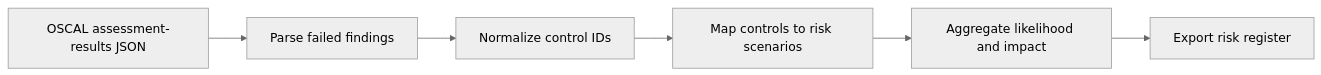
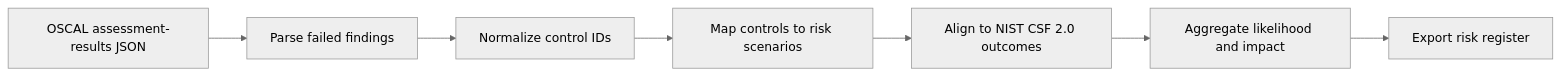
One commit to envokeME/oscal-risk-bridge changed the diagram in README.md. Above: the diagram before and after it, drawn with Mermaid (neutral theme). The commit also changed other lines of this file and 16 other files, not shown here.

Commit message:
Align risk scenarios to NIST CSF

````diff
--- a/README.md
+++ b/README.md
@@ -21,8 +21,9 @@
 ```mermaid
 flowchart LR
     A["OSCAL assessment-results JSON"] --> B["Parse failed findings"]
     B --> C["Normalize control IDs"]
     C --> D["Map controls to risk scenarios"]
-    D --> E["Aggregate likelihood and impact"]
-    E --> F["Export risk register"]
+    D --> E["Align to NIST CSF 2.0 outcomes"]
+    E --> F["Aggregate likelihood and impact"]
+    F --> G["Export risk register"]
 ```
````
